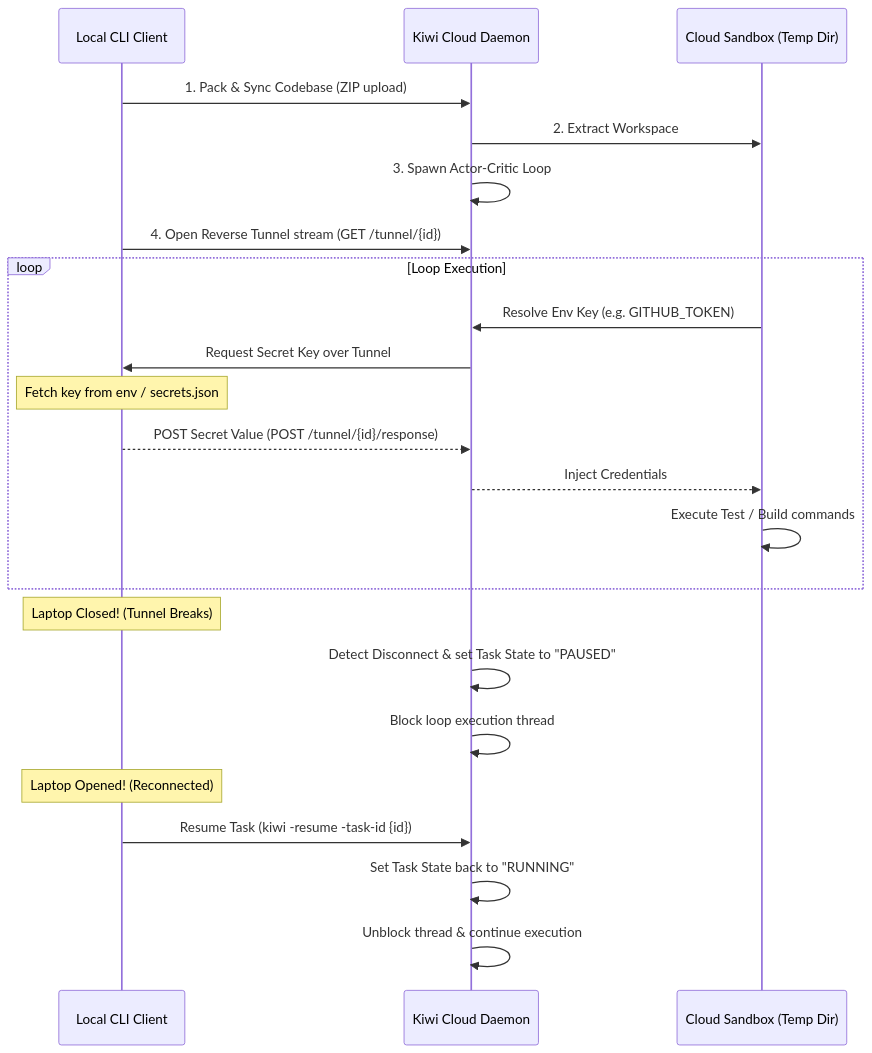
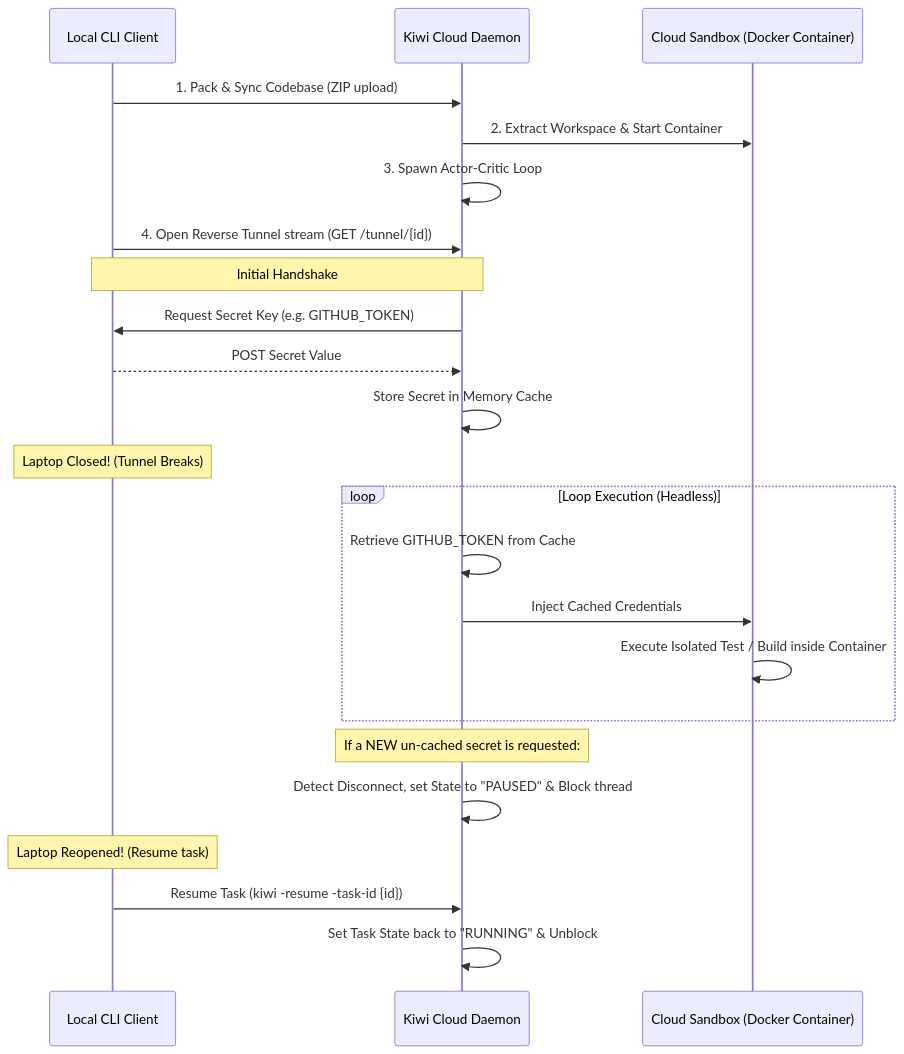
One commit to ibreakthecloud/kiwi changed the diagram in README.md. Above: the diagram before and after it, drawn with Mermaid. The commit also changed other lines of this file and 2 other files, not shown here.

````diff
--- a/README.md
+++ b/README.md
@@ -11,29 +11,30 @@
 ```mermaid
 sequenceDiagram
     participant CLI as Local CLI Client
     participant Server as Kiwi Cloud Daemon
-    participant Sandbox as Cloud Sandbox (Temp Dir)
+    participant Sandbox as Cloud Sandbox (Docker Container)
 
     CLI->>Server: 1. Pack & Sync Codebase (ZIP upload)
-    Server->>Sandbox: 2. Extract Workspace
+    Server->>Sandbox: 2. Extract Workspace & Start Container
     Server->>Server: 3. Spawn Actor-Critic Loop
     CLI->>Server: 4. Open Reverse Tunnel stream (GET /tunnel/{id})
     
-    loop Loop Execution
-        Sandbox->>Server: Resolve Env Key (e.g. GITHUB_TOKEN)
-        Server->>CLI: Request Secret Key over Tunnel
-        Note over CLI: Fetch key from env / secrets.json
-        CLI-->>Server: POST Secret Value (POST /tunnel/{id}/response)
-        Server-->>Sandbox: Inject Credentials
-        Sandbox->>Sandbox: Execute Test / Build commands
+    Note over Server, CLI: Initial Handshake
+    Server->>CLI: Request Secret Key (e.g. GITHUB_TOKEN)
+    CLI-->>Server: POST Secret Value
+    Server->>Server: Store Secret in Memory Cache
+
+    Note over CLI: Laptop Closed! (Tunnel Breaks)
+    
+    loop Loop Execution (Headless)
+        Server->>Server: Retrieve GITHUB_TOKEN from Cache
+        Server->>Sandbox: Inject Cached Credentials
+        Sandbox->>Sandbox: Execute Isolated Test / Build inside Container
     end
 
-    Note over CLI: Laptop Closed! (Tunnel Breaks)
-    Server->>Server: Detect Disconnect & set Task State to "PAUSED"
-    Server->>Server: Block loop execution thread
-
-    Note over CLI: Laptop Opened! (Reconnected)
+    Note over Server: If a NEW un-cached secret is requested:
+    Server->>Server: Detect Disconnect, set State to "PAUSED" & Block thread
+    Note over CLI: Laptop Reopened! (Resume task)
     CLI->>Server: Resume Task (kiwi -resume -task-id {id})
-    Server->>Server: Set Task State back to "RUNNING"
-    Server->>Server: Unblock thread & continue execution
+    Server->>Server: Set Task State back to "RUNNING" & Unblock
 ```
````
